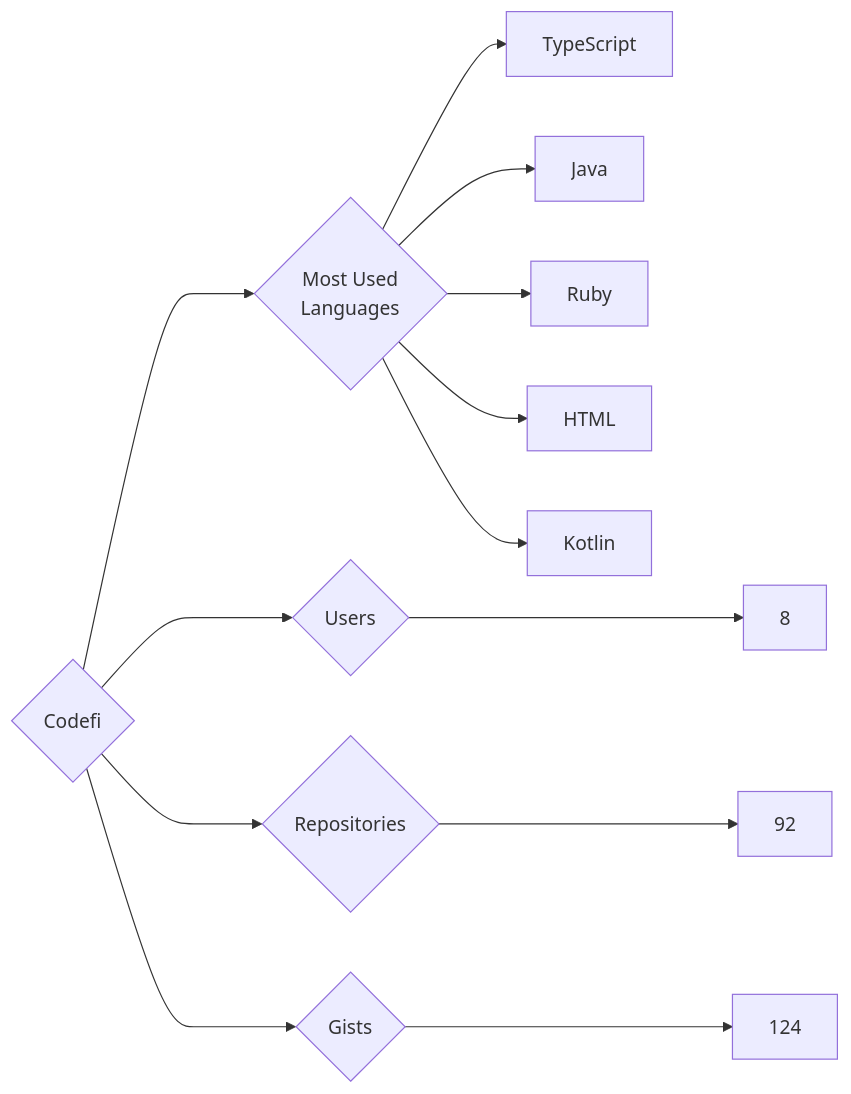
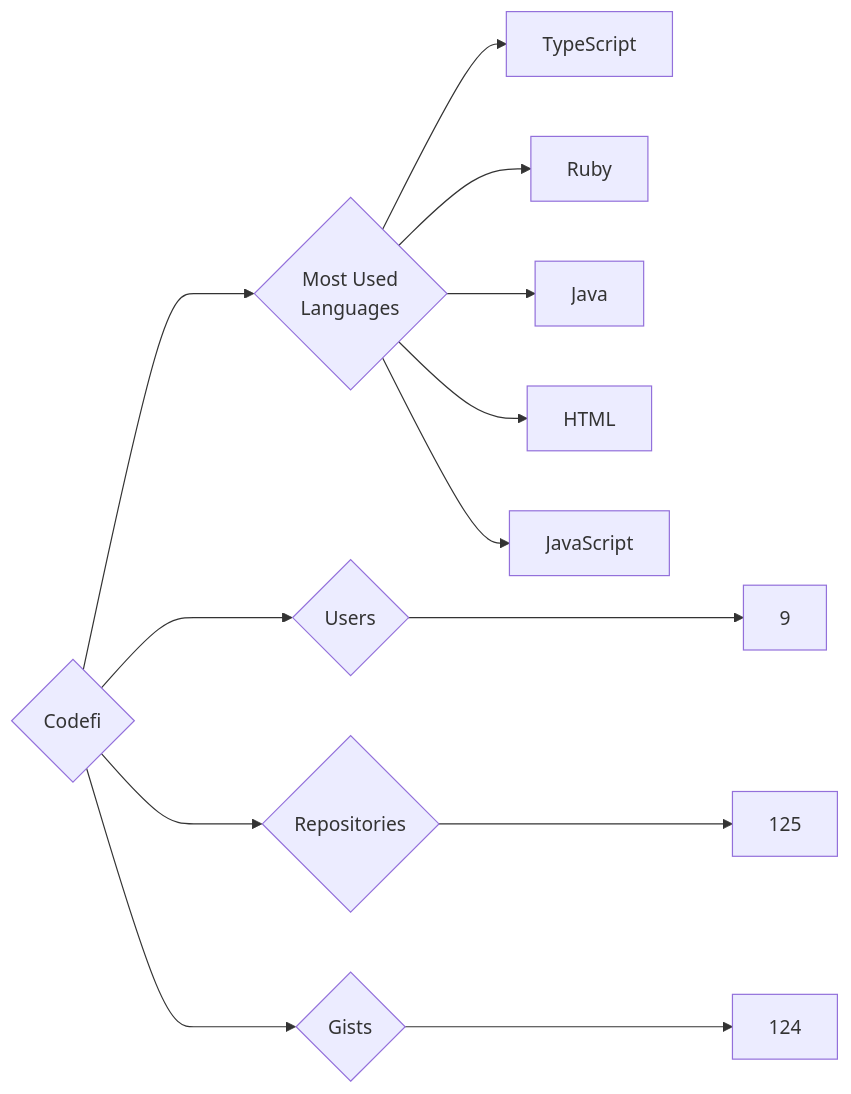
The diagram in targets/Codefi/README.md (trickest/insiders), drawn with Mermaid before and after one commit. The commit also changed 1123 other files, not shown here.

````diff
--- a/targets/Codefi/README.md
+++ b/targets/Codefi/README.md
@@ -3,13 +3,13 @@
 ```mermaid
 graph LR
 COMPANY_NAME{Codefi}
-COMPANY_NAME ---> U{Users} ---> UN[8]
-COMPANY_NAME ---> R{Repositories} ---> RN[92]
+COMPANY_NAME ---> U{Users} ---> UN[9]
+COMPANY_NAME ---> R{Repositories} ---> RN[125]
 COMPANY_NAME ---> G{Gists} ---> GN[124]
 COMPANY_NAME ---> ML{Most Used<br>Languages}
 ML --> TypeScript[TypeScript]
+ML --> Ruby[Ruby]
 ML --> Java[Java]
-ML --> Ruby[Ruby]
 ML --> HTML[HTML]
-ML --> Kotlin[Kotlin]
+ML --> JavaScript[JavaScript]
 ```
````
